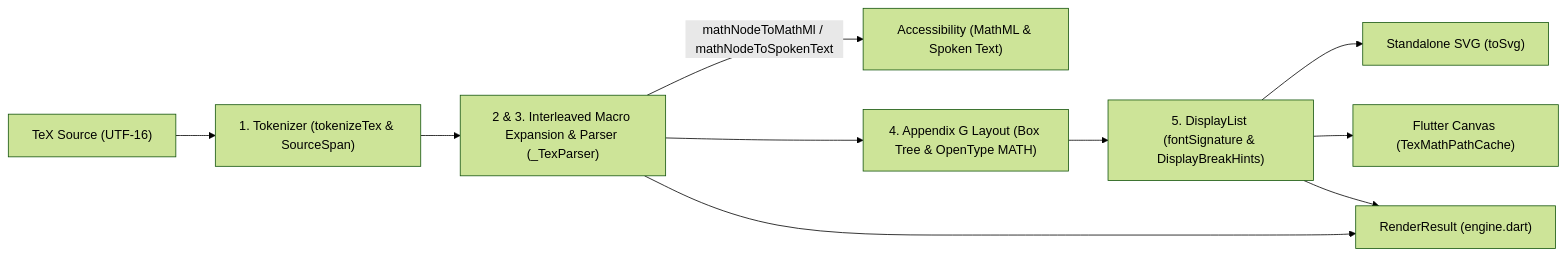
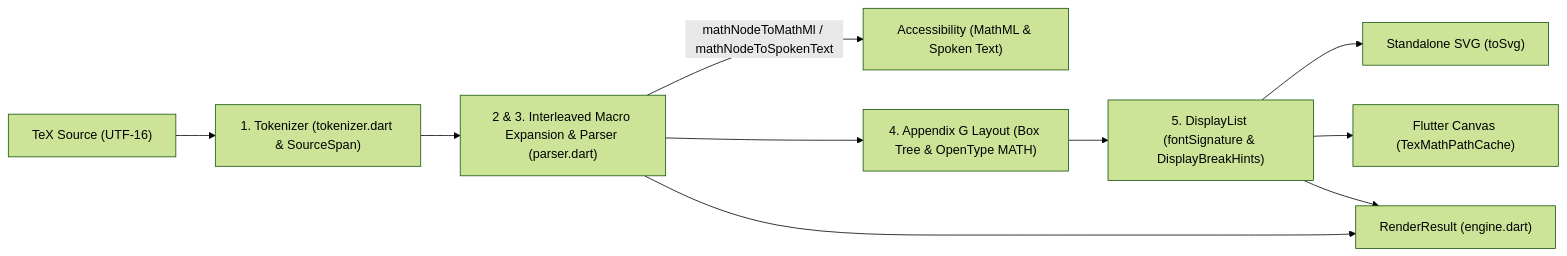
Before and after one commit to tkinnis/tex_math: the first of 3 diagrams in doc/ARCHITECTURE.md, drawn with Mermaid (forest theme). The commit also changed other lines of this file and 10 other files, not shown here.

````diff
--- a/doc/ARCHITECTURE.md
+++ b/doc/ARCHITECTURE.md
@@ -21,12 +21,12 @@
 ```mermaid
 flowchart LR
-  S0["TeX Source (UTF-16)"] --> S1["1. Tokenizer (tokenizeTex & SourceSpan)"]
-  S1 --> S23["2 & 3. Interleaved Macro Expansion & Parser (_TexParser)"]
+  S0["TeX Source (UTF-16)"] --> S1["1. Tokenizer (tokenizer.dart & SourceSpan)"]
+  S1 --> S23["2 & 3. Interleaved Macro Expansion & Parser (parser.dart)"]
   S23 -->|"mathNodeToMathMl / mathNodeToSpokenText"| O3["Accessibility (MathML & Spoken Text)"]
   S23 --> S4["4. Appendix G Layout (Box Tree & OpenType MATH)"]
   S4 --> S5["5. DisplayList (fontSignature & DisplayBreakHints)"]
   S5 --> O1["Standalone SVG (toSvg)"]
   S5 --> O2["Flutter Canvas (TexMathPathCache)"]
   S23 --> RR["RenderResult (engine.dart)"]
   S5 --> RR
 ```
````
